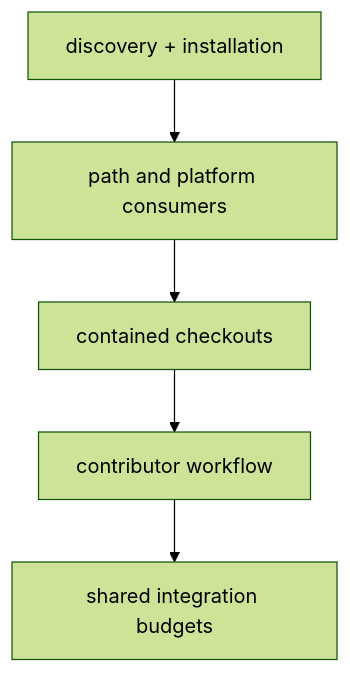
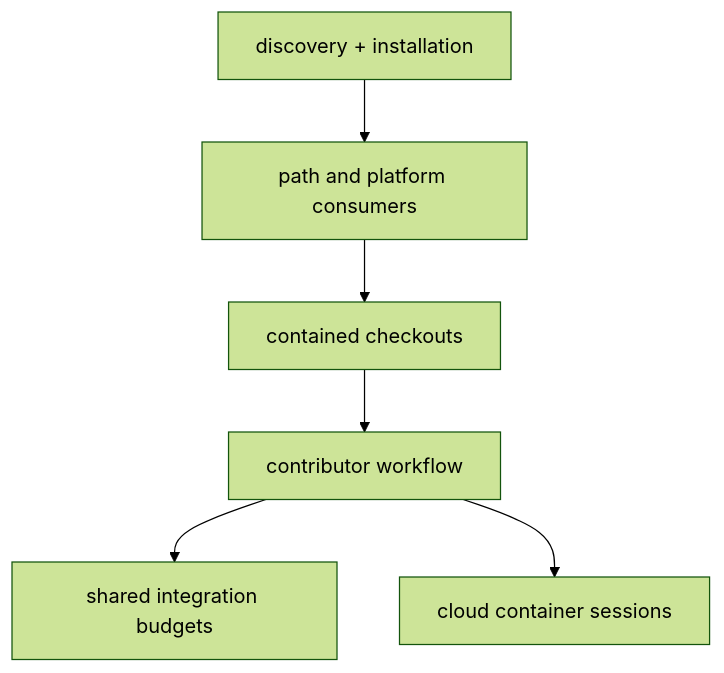
The diagram in .agents/inbox/agents/README.md (Valpatel/cad-agent), drawn with Mermaid (forest theme) before and after one commit. The commit also changed other lines of this file and 8 other files, not shown here.

````diff
--- a/.agents/inbox/agents/README.md
+++ b/.agents/inbox/agents/README.md
@@ -6,7 +7,8 @@
 ```mermaid
 flowchart TD
     D["discovery + installation"] --> P["path and platform consumers"]
     P --> C["contained checkouts"]
     C --> W["contributor workflow"]
     W --> B["shared integration budgets"]
+    W --> K["cloud container sessions"]
 ```
````
